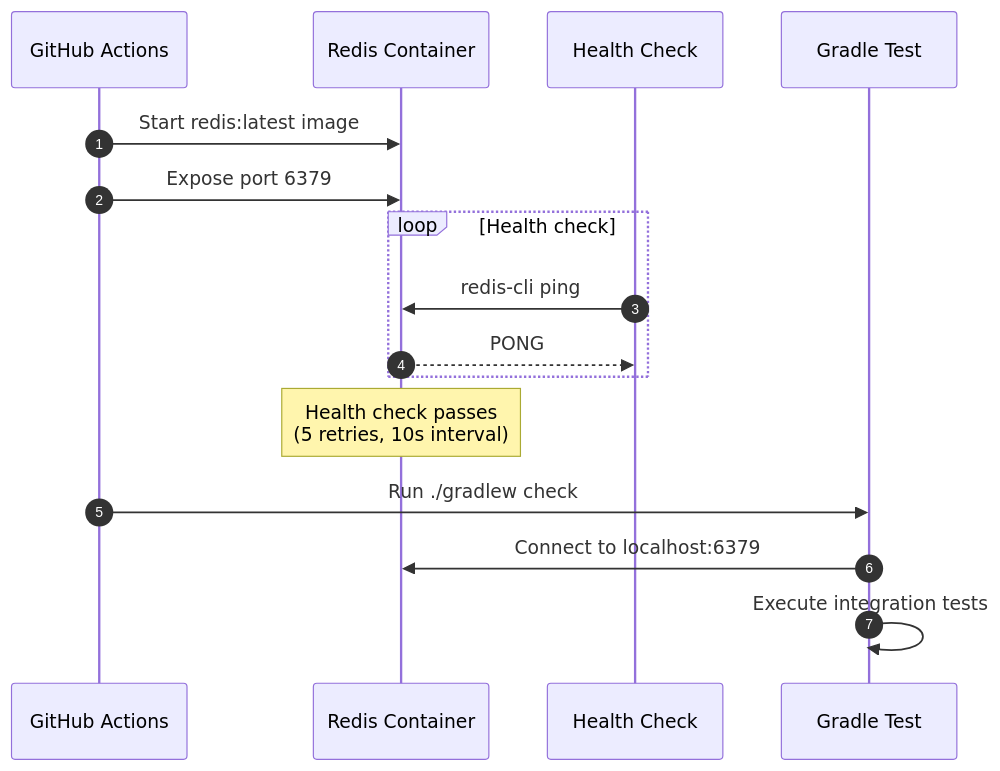
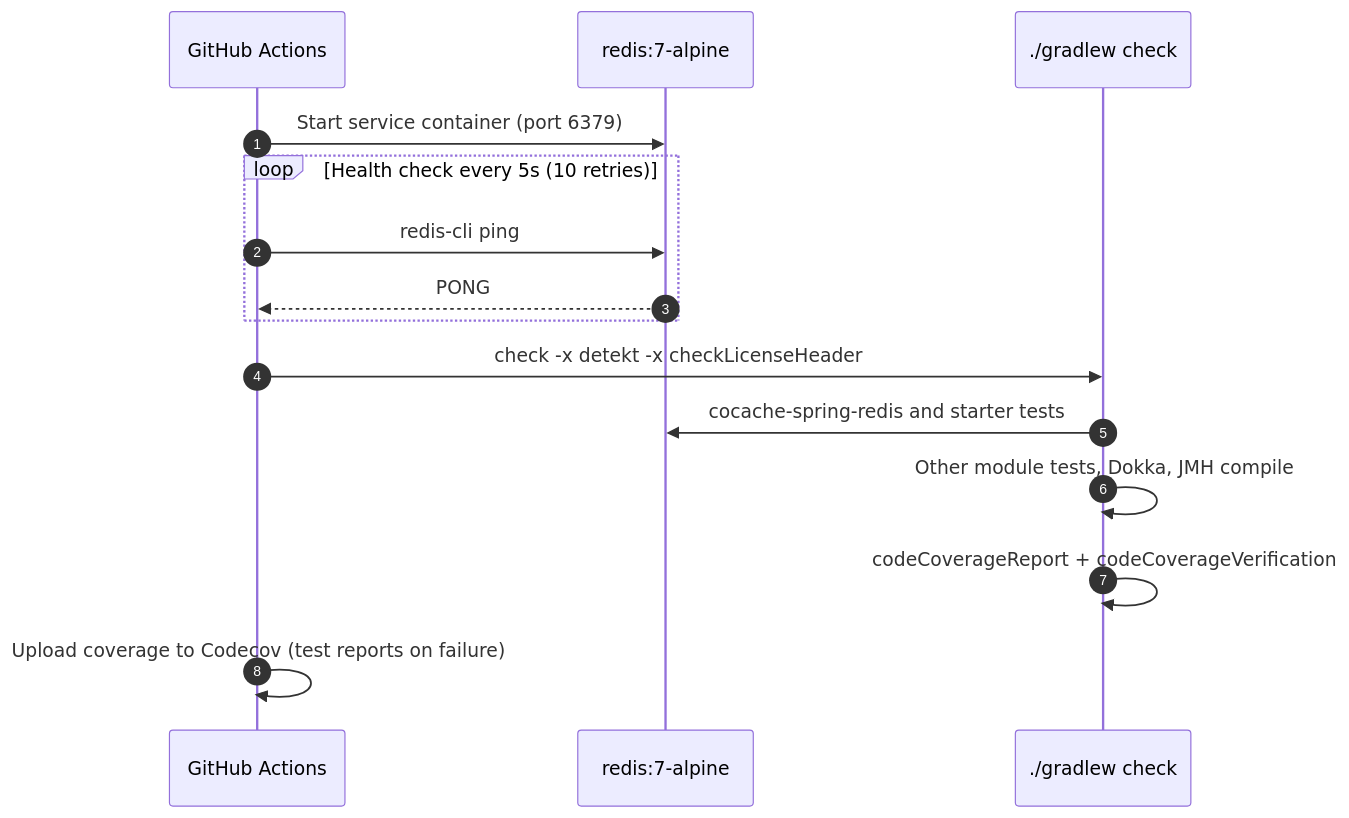
Before and after one commit to Ahoo-Wang/CoCache: the first of 3 diagrams in wiki/testing/integration-testing.md, drawn with Mermaid. The commit also changed other lines of this file and 19 other files, not shown here.

````diff
--- a/wiki/testing/integration-testing.md
+++ b/wiki/testing/integration-testing.md
@@ -141,20 +14,18 @@
 ```mermaid
 sequenceDiagram
 autonumber
     participant GH as GitHub Actions
-    participant Redis as Redis Container
-    participant Health as Health Check
-    participant Test as Gradle Test
+    participant Redis as redis:7-alpine
+    participant Gradle as ./gradlew check
 
-    GH->>Redis: Start redis:latest image
-    GH->>Redis: Expose port 6379
-    loop Health check
-        Health->>Redis: redis-cli ping
-        Redis-->>Health: PONG
+    GH->>Redis: Start service container (port 6379)
+    loop Health check every 5s (10 retries)
+        GH->>Redis: redis-cli ping
+        Redis-->>GH: PONG
     end
-    Note over Redis: Health check passes<br>(5 retries, 10s interval)
-    GH->>Test: Run ./gradlew check
-    Test->>Redis: Connect to localhost:6379
-    Test->>Test: Execute integration tests
-
+    GH->>Gradle: check -x detekt -x checkLicenseHeader
+    Gradle->>Redis: cocache-spring-redis and starter tests
+    Gradle->>Gradle: Other module tests, Dokka, JMH compile
+    Gradle->>Gradle: codeCoverageReport + codeCoverageVerification
+    GH->>GH: Upload coverage to Codecov (test reports on failure)
 ```
````
